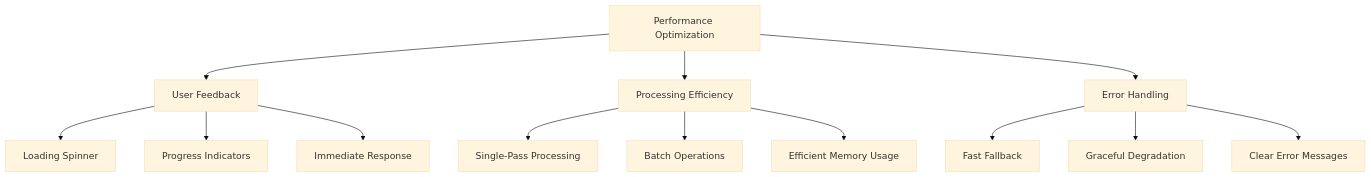
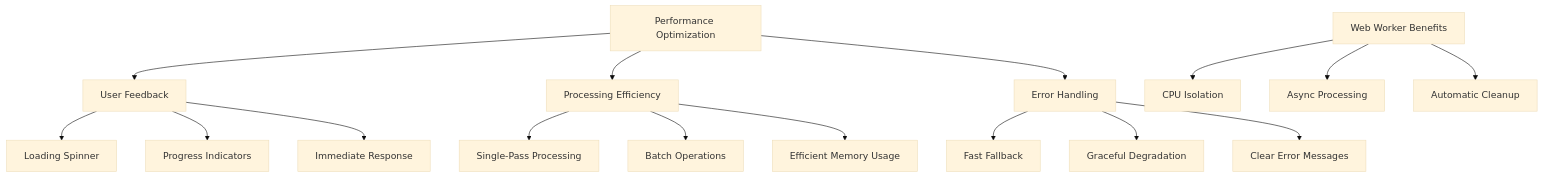
The ninth of 10 diagrams in .qoder/repowiki/en/content/AI & Image Processing/AI Thumbnail Generation Workflow.md (Brimstow/ThumPiks), drawn with Mermaid (base theme) before and after one commit. The commit also changed other lines of this file and 900 other files, not shown here.

````diff
--- a/.qoder/repowiki/en/content/AI & Image Processing/AI Thumbnail Generation Workflow.md
+++ b/.qoder/repowiki/en/content/AI & Image Processing/AI Thumbnail Generation Workflow.md
@@ -227,15 +336,18 @@
 ```mermaid
 flowchart TD
 A[Performance Optimization] --> B[User Feedback]
 A --> C[Processing Efficiency]
 A --> D[Error Handling]
 B --> B1[Loading Spinner]
 B --> B2[Progress Indicators]
 B --> B3[Immediate Response]
 C --> C1[Single-Pass Processing]
 C --> C2[Batch Operations]
 C --> C3[Efficient Memory Usage]
 D --> D1[Fast Fallback]
 D --> D2[Graceful Degradation]
 D --> D3[Clear Error Messages]
+E[Web Worker Benefits] --> E1[CPU Isolation]
+E --> E2[Async Processing]
+E --> E3[Automatic Cleanup]
 ```
````
